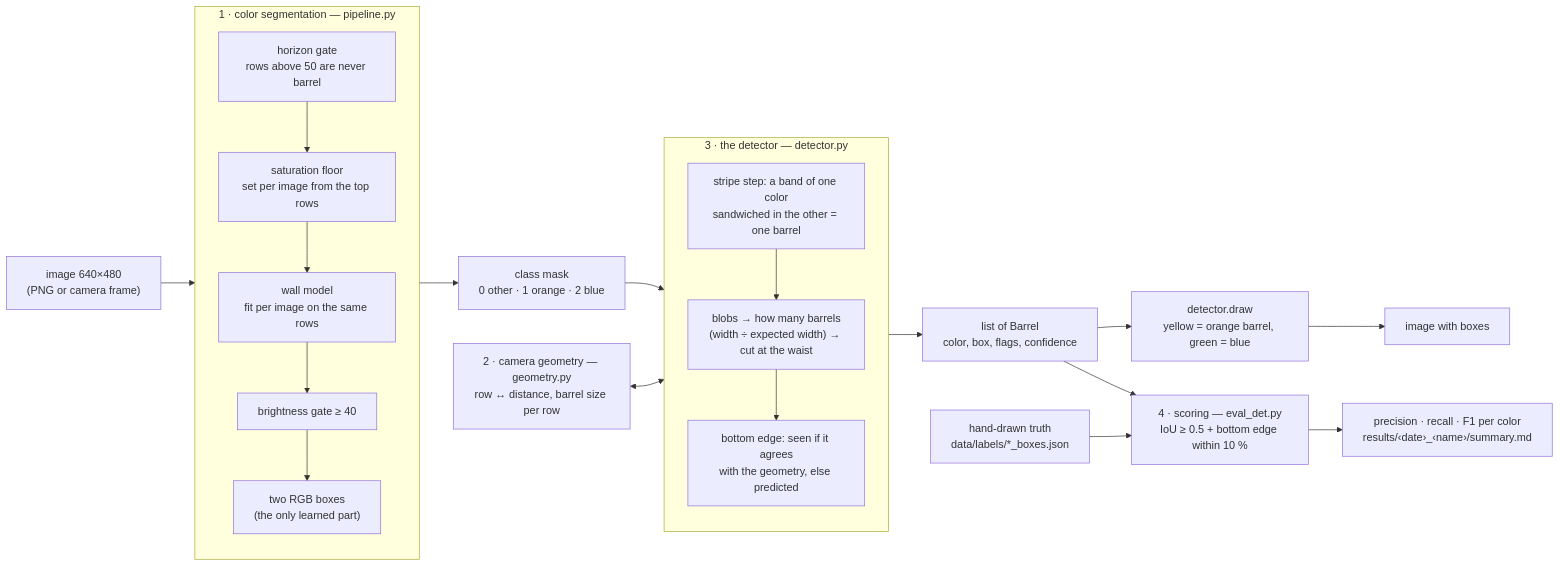
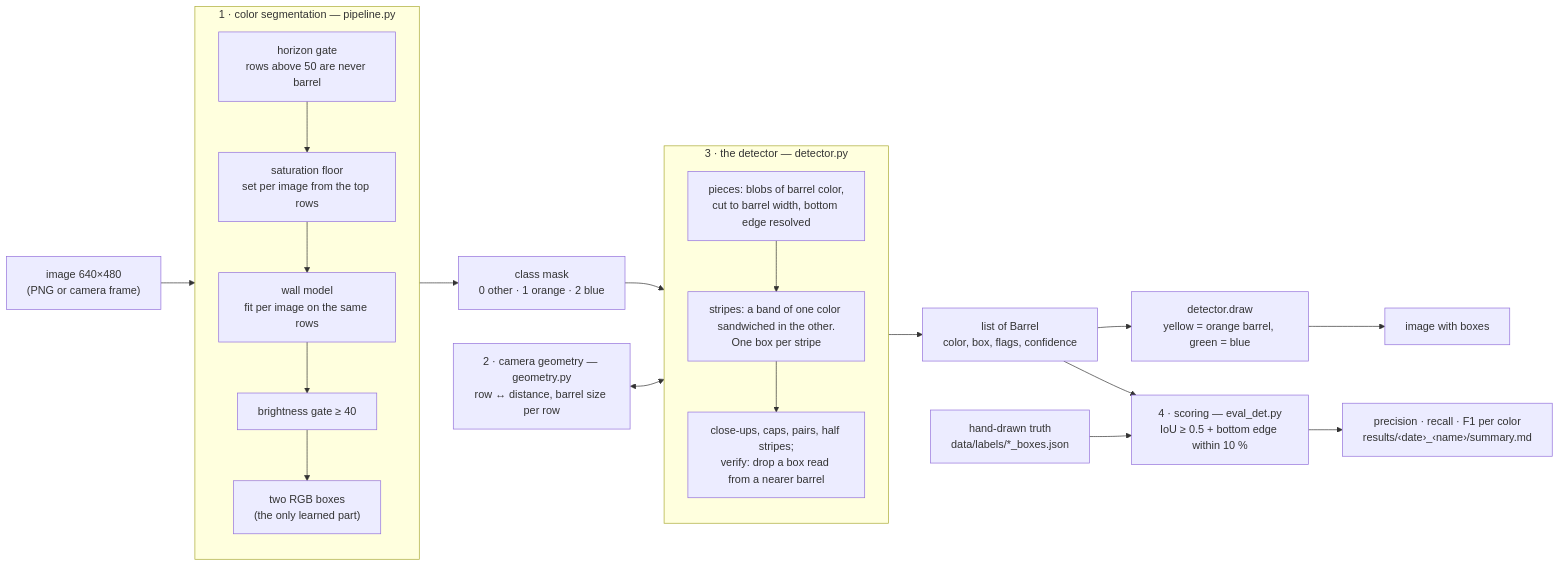
One commit to Tanush-A/vex-aim-tools-barrels changed the first of 3 diagrams in barrels/docs/ARCHITECTURE.md. Above: the diagram before and after it, drawn with Mermaid. The commit also changed other lines of this file and 7 other files, not shown here.

````diff
--- a/barrels/docs/ARCHITECTURE.md
+++ b/barrels/docs/ARCHITECTURE.md
@@ -7,20 +7,20 @@
 ```mermaid
 flowchart LR
     IMG["image 640×480<br/>(PNG or camera frame)"] --> SEG
     subgraph SEG["1 · color segmentation — pipeline.py"]
         direction TB
         G1["horizon gate<br/>rows above 50 are never barrel"] --> G2["saturation floor<br/>set per image from the top rows"] --> G3["wall model<br/>fit per image on the same rows"] --> G4["brightness gate ≥ 40"] --> G5["two RGB boxes<br/>(the only learned part)"]
     end
     SEG --> MASK["class mask<br/>0 other · 1 orange · 2 blue"]
     MASK --> DET
     subgraph DET["3 · the detector — detector.py"]
         direction TB
-        S4["stripe step: a band of one color<br/>sandwiched in the other = one barrel"] --> S1["blobs → how many barrels<br/>(width ÷ expected width) → cut at the waist"] --> S3["bottom edge: seen if it agrees<br/>with the geometry, else predicted"]
+        S1["pieces: blobs of barrel color,<br/>cut to barrel width, bottom edge resolved"] --> S4["stripes: a band of one color sandwiched in the other.<br/>One box per stripe"] --> S3["close-ups, caps, pairs, half stripes;<br/>verify: drop a box read from a nearer barrel"]
     end
     GEO["2 · camera geometry — geometry.py<br/>row ↔ distance, barrel size per row"] <--> DET
     DET --> BARRELS["list of Barrel<br/>color, box, flags, confidence"]
     BARRELS --> DRAW["detector.draw<br/>yellow = orange barrel, green = blue"] --> OUT["image with boxes"]
     BARRELS --> EVAL["4 · scoring — eval_det.py<br/>IoU ≥ 0.5 + bottom edge within 10 %"]
     GT["hand-drawn truth<br/>data/labels/*_boxes.json"] --> EVAL
     EVAL --> SCORE["precision · recall · F1 per color<br/>results/‹date›_‹name›/summary.md"]
 ```
````
